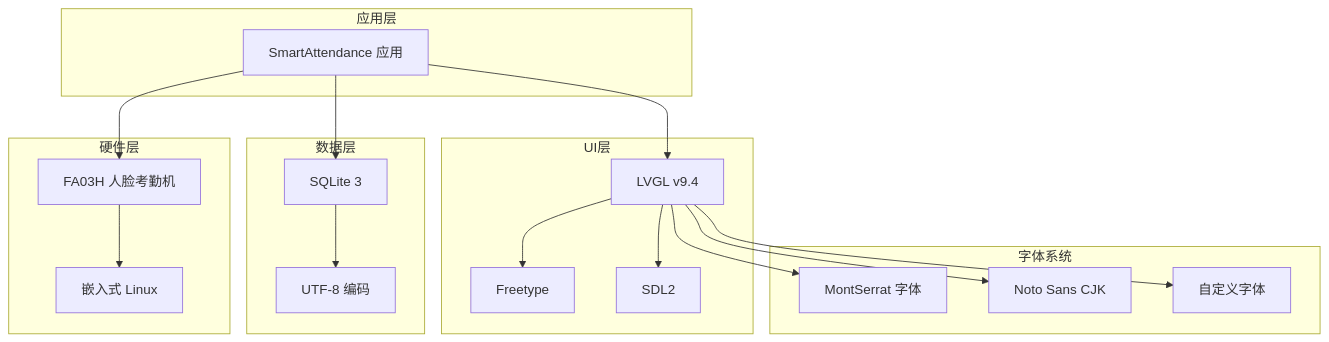
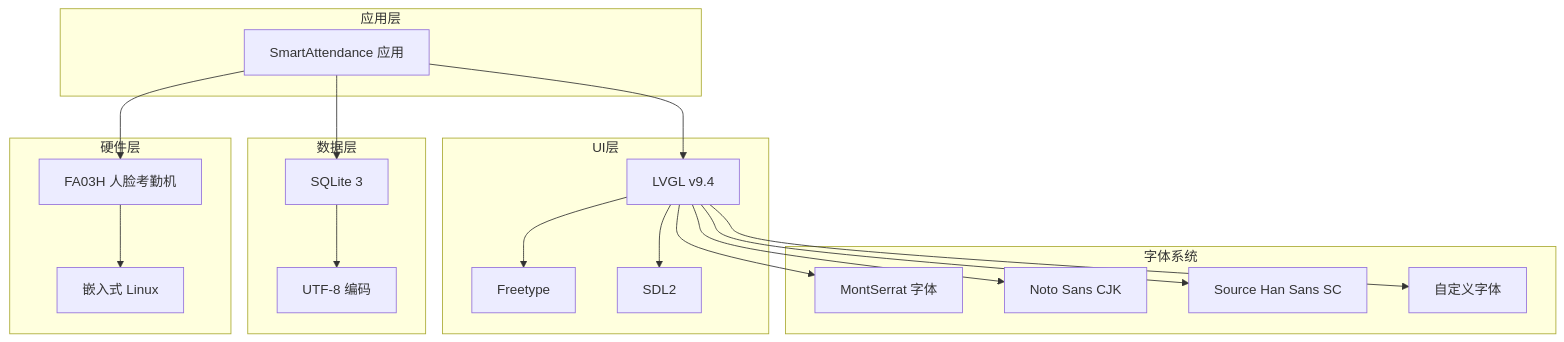
The seventh of 8 diagrams in .qoder/repowiki/zh/content/功能模块详解/中文字符支持.md (Drunk552/SmartAttendance), drawn with Mermaid before and after one commit. The commit also changed other lines of this file and 15 other files, not shown here.

````diff
--- a/.qoder/repowiki/zh/content/功能模块详解/中文字符支持.md
+++ b/.qoder/repowiki/zh/content/功能模块详解/中文字符支持.md
@@ -292,34 +336,36 @@
 ```mermaid
 graph TB
 subgraph "应用层"
 A[SmartAttendance 应用]
 end
 subgraph "UI层"
 B[LVGL v9.4]
 C[Freetype]
 D[SDL2]
 end
 subgraph "字体系统"
 E[MontSerrat 字体]
 F[Noto Sans CJK]
-G[自定义字体]
+G[Source Han Sans SC]
+H[自定义字体]
 end
 subgraph "数据层"
-H[SQLite 3]
-I[UTF-8 编码]
+I[SQLite 3]
+J[UTF-8 编码]
 end
 subgraph "硬件层"
-J[FA03H 人脸考勤机]
-K[嵌入式 Linux]
+K[FA03H 人脸考勤机]
+L[嵌入式 Linux]
 end
 A --> B
 B --> C
 B --> D
 B --> E
 B --> F
 B --> G
-A --> H
-H --> I
-A --> J
-J --> K
+B --> H
+A --> I
+I --> J
+A --> K
+K --> L
 ```
````
